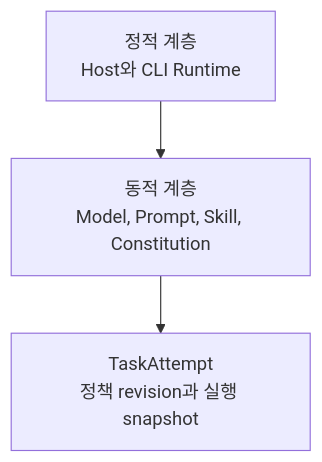
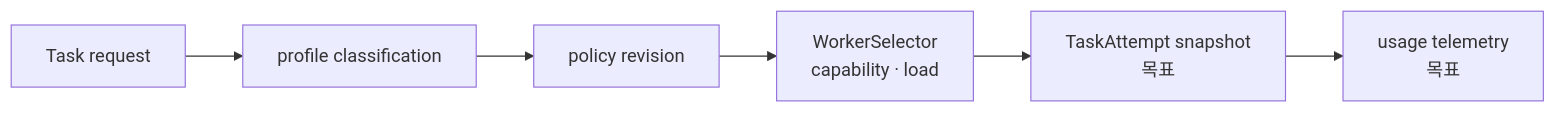
The diagram in docs/architecture/intelligent-task-routing-and-budget-control-design.md (yarang/grok-fleet-orchestrator), drawn with Mermaid before and after one commit. The commit also changed other lines of this file and 14 other files, not shown here.

Commit message:
docs: restructure architecture domain

````diff
--- a/docs/architecture/intelligent-task-routing-and-budget-control-design.md
+++ b/docs/architecture/intelligent-task-routing-and-budget-control-design.md
@@ -138,5 +37,8 @@
 ```mermaid
-flowchart TB
-    Static["정적 계층\nHost와 CLI Runtime"] --> Dynamic["동적 계층\nModel, Prompt, Skill, Constitution"]
-    Dynamic --> Attempt["TaskAttempt\n정책 revision과 실행 snapshot"]
+flowchart LR
+    Task["Task request"] --> Classify["profile classification"]
+    Classify --> Policy["policy revision"]
+    Policy --> Select["WorkerSelector\ncapability · load"]
+    Select --> Attempt["TaskAttempt snapshot\n목표"]
+    Attempt --> Observe["usage telemetry\n목표"]
 ```
````
